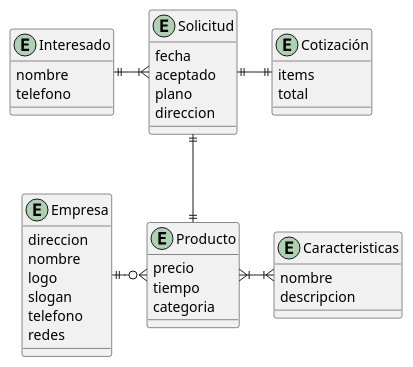
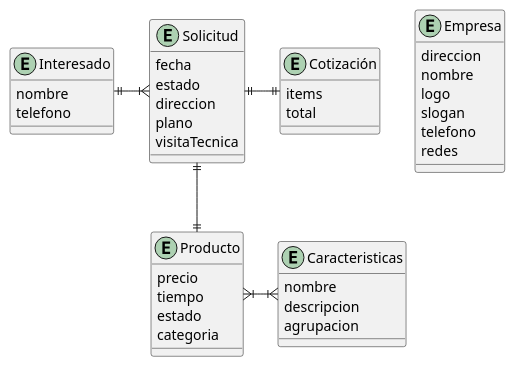
Before and after one commit to Los-Waza/MetalK_Documentation: the diagram in metalK_mer.puml, drawn with PlantUML.

```diff
--- a/metalK_mer.puml
+++ b/metalK_mer.puml
@@ -1,49 +1,51 @@
 @startuml MetalK_MER
     top to bottom direction
     skinparam linestyle orto
 
     entity emp as "Empresa"{
         direccion
         nombre
         logo
         slogan
         telefono
         redes
     }
 
     entity pro as "Producto"{
         precio
         tiempo
+        estado
         categoria
     }
 
     entity sol as "Solicitud"{
         fecha
-        aceptado
+        estado
+        direccion
         plano
-        direccion
+        visitaTecnica
     }
 
     entity cot as "Cotización"{
         items
         total
     }
     
     entity car as "Caracteristicas"{
         nombre
         descripcion
+        agrupacion
     }
 
     entity cli as "Interesado"{
         nombre
         telefono
     }
 
-    emp ||-right-o{ pro
     pro }|-right-|{ car
     cli ||-right-|{ sol
     sol ||--|| pro
     sol ||-right-|| cot
 
 
 @enduml
```
